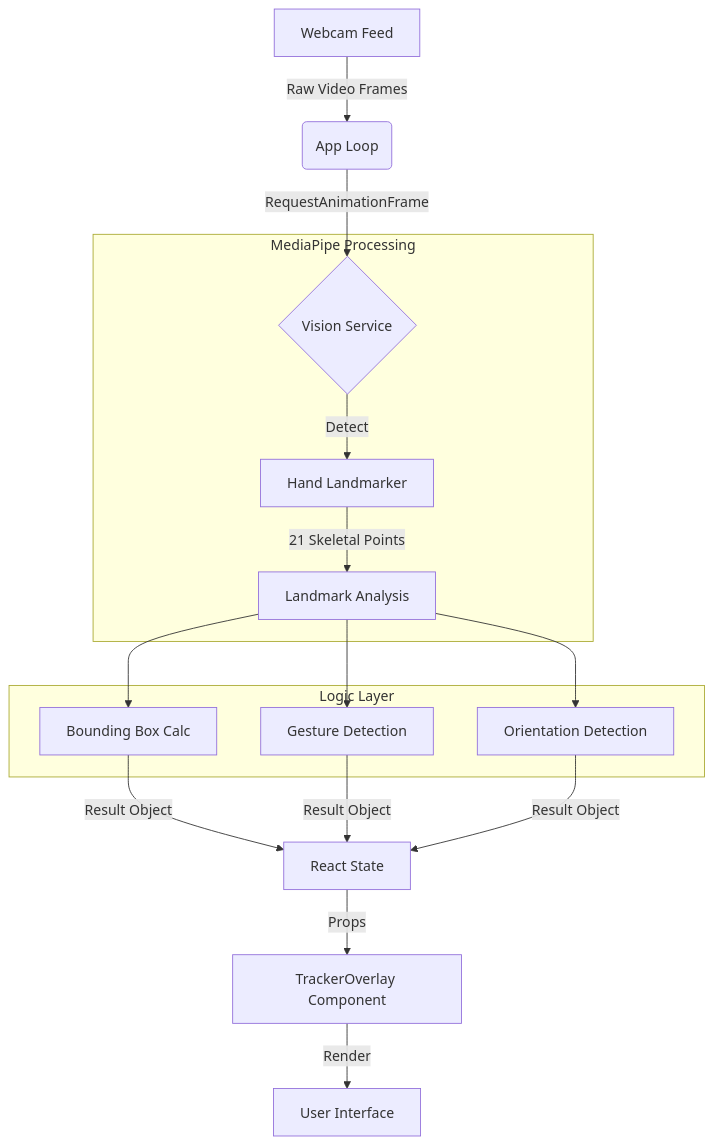
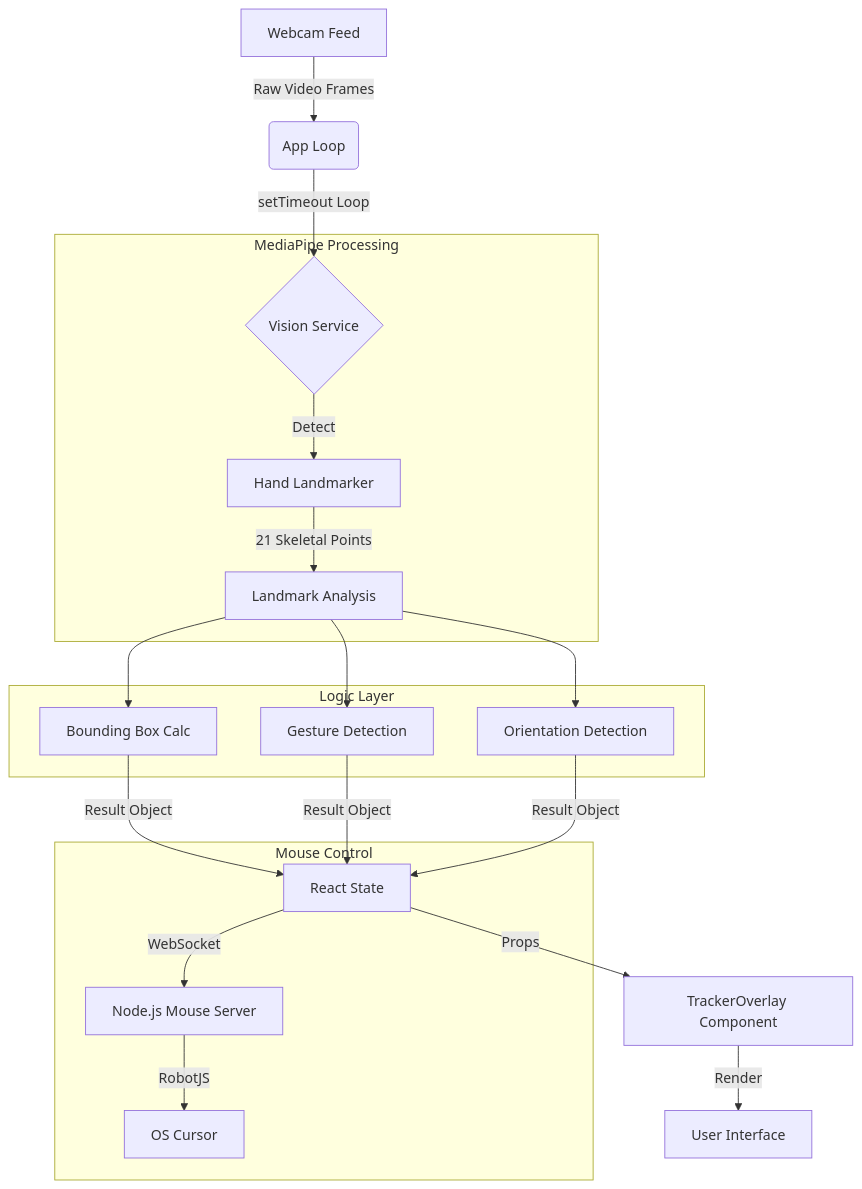
Before and after one commit to TimotheeGM/hand_tracking_app: the diagram in README.md, drawn with Mermaid. The commit also changed other lines of this file and 8 other files, not shown here.

Commit message:
feat: Implement MediaPipe hand tracking with gesture, facing, and cursor detection, alongside new control panel, mini-view, and tracker overlay components.

````diff
--- a/README.md
+++ b/README.md
@@ -66,20 +68,25 @@
 ```mermaid
 graph TD
     A[Webcam Feed] -->|Raw Video Frames| B(App Loop)
-    B -->|RequestAnimationFrame| C{Vision Service}
+    B -->|setTimeout Loop| C{Vision Service}
     
     subgraph MediaPipe Processing
     C -->|Detect| D[Hand Landmarker]
     D -->|21 Skeletal Points| E[Landmark Analysis]
     end
     
     subgraph Logic Layer
     E --> F[Bounding Box Calc]
     E --> G[Gesture Detection]
     E --> H[Orientation Detection]
     end
     
     F & G & H -->|Result Object| I[React State]
     I -->|Props| J[TrackerOverlay Component]
     J -->|Render| K[User Interface]
+    
+    subgraph Mouse Control
+    I -->|WebSocket| L[Node.js Mouse Server]
+    L -->|RobotJS| M[OS Cursor]
+    end
 ```
````
